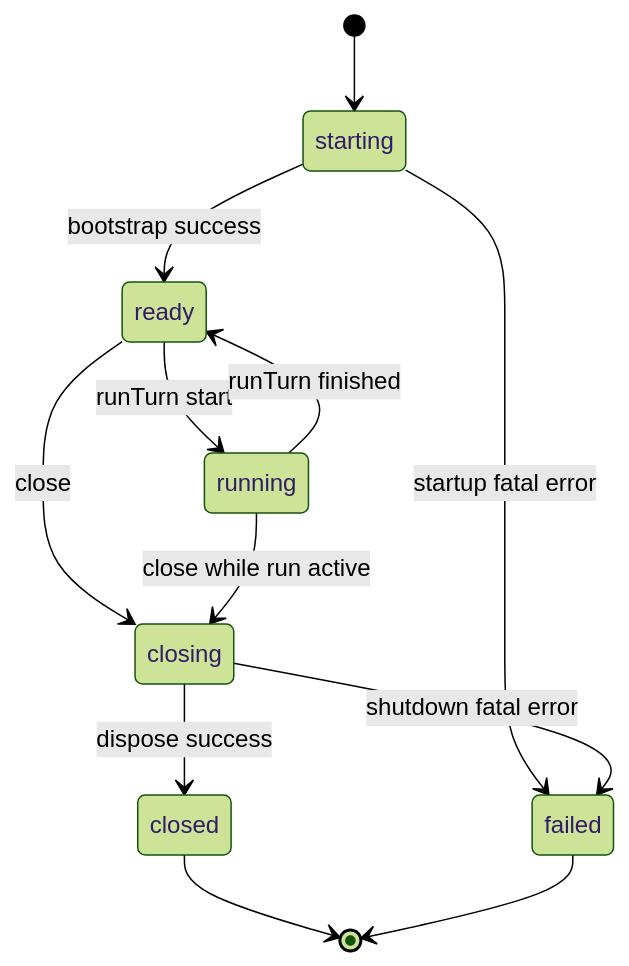
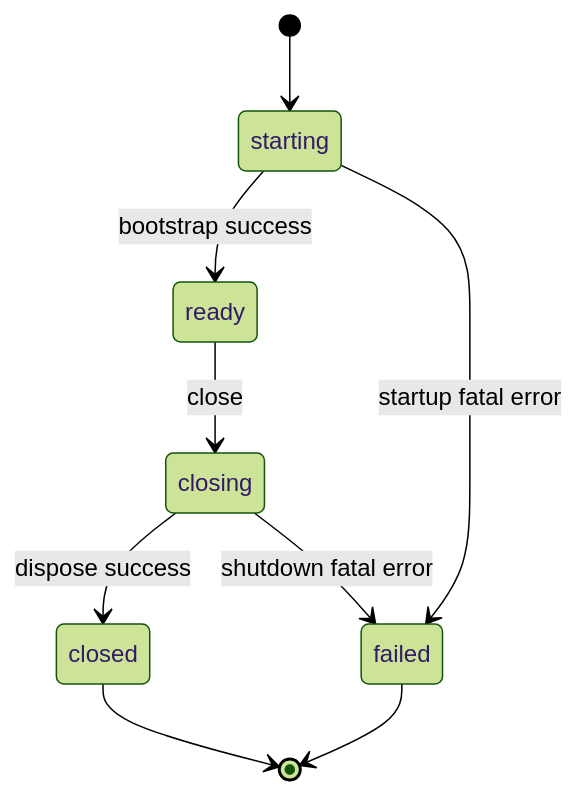
Before and after one commit to luciferwww/my-agent: the third of 3 diagrams in docs/architecture/runtime-app-assembly-design.md, drawn with Mermaid (forest theme). The commit also changed other lines of this file and 17 other files, not shown here.

````diff
--- a/docs/architecture/runtime-app-assembly-design.md
+++ b/docs/architecture/runtime-app-assembly-design.md
@@ -824,14 +834,11 @@
 ```mermaid
 stateDiagram-v2
   [*] --> starting
   starting --> ready: bootstrap success
   starting --> failed: startup fatal error
-  ready --> running: runTurn start
-  running --> ready: runTurn finished
   ready --> closing: close
-  running --> closing: close while run active
   closing --> closed: dispose success
   closing --> failed: shutdown fatal error
   closed --> [*]
   failed --> [*]
 ```
````
